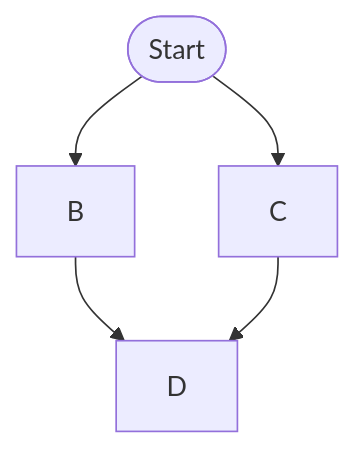
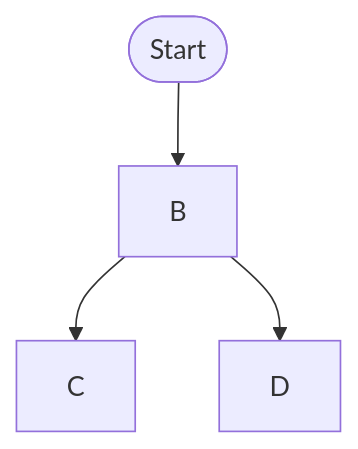
The diagram in Guessing.md (caelliott2552/caelliott2552.github.io), drawn with Mermaid before and after one commit.

Commit message:
Update Guessing.md
Starting from our new Known Good, adjusting flow as needed for game logic.

````diff
--- a/Guessing.md
+++ b/Guessing.md
@@ -1,7 +1,6 @@
 ```mermaid
 graph TD;
     A([Start])-->B;
-    A-->C;
+    B-->C;
     B-->D;
-    C-->D;
 ```
````
